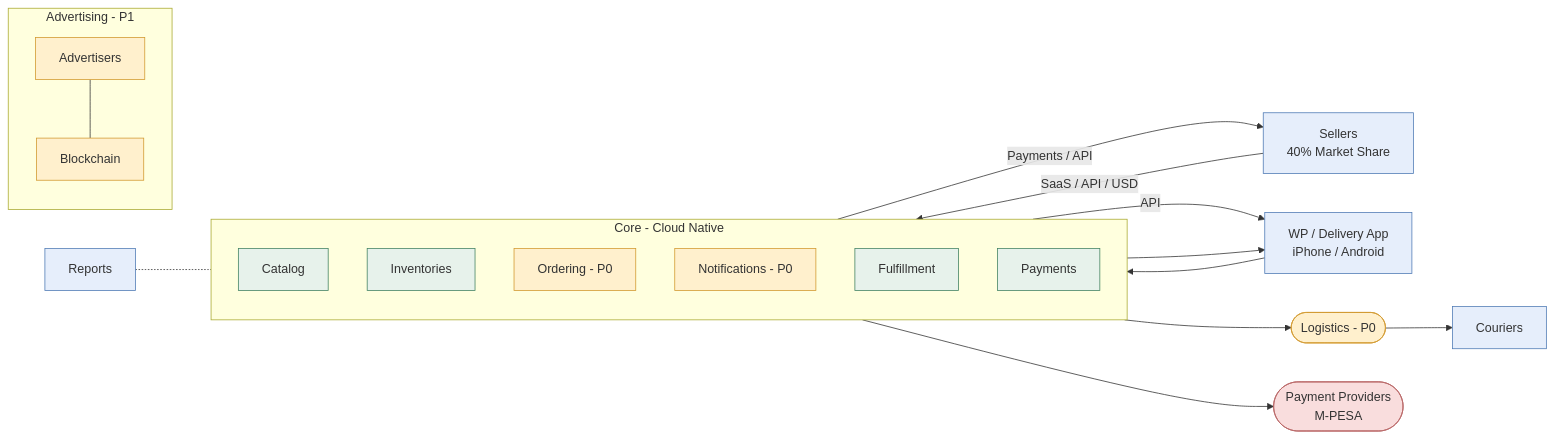
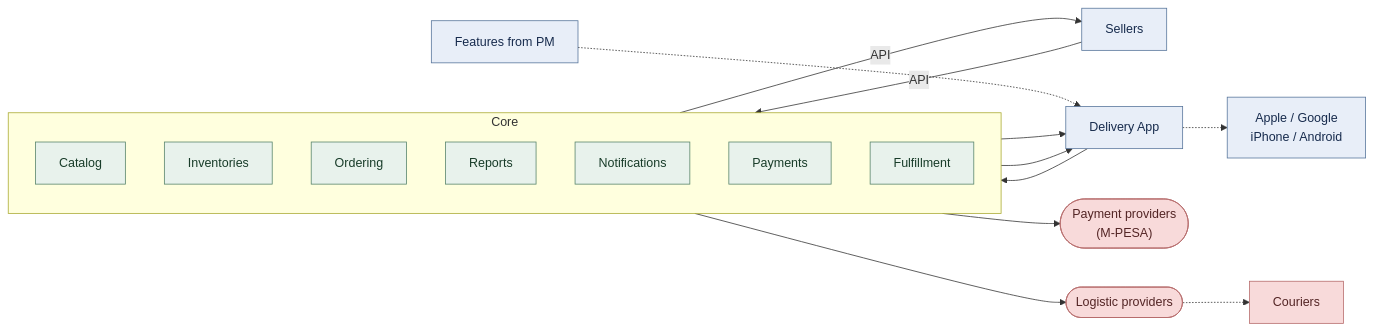
Before and after one commit to dvtar91/Africa_Delivery: the diagram in input data/system-scheme.md, drawn with Mermaid.

````diff
--- a/input data/system-scheme.md
+++ b/input data/system-scheme.md
@@ -2,52 +2,46 @@
 ```mermaid
 flowchart LR
-    Sellers["Sellers<br/>40% Market Share"]
+    Sellers["Sellers"]
 
-    subgraph Core["Core - Cloud Native"]
+    subgraph Core["Core"]
         direction TB
         Catalog["Catalog"]
         Inventories["Inventories"]
-        Ordering["Ordering - P0"]
-        Notifications["Notifications - P0"]
+        Ordering["Ordering"]
+        Reports["Reports"]
+        Notifications["Notifications"]
+        Payments["Payments"]
         Fulfillment["Fulfillment"]
-        Payments["Payments"]
     end
 
-    Reports["Reports"]
+    DeliveryApp["Delivery App"]
 
-    App["WP / Delivery App<br/>iPhone / Android"]
+    PaymentProviders(["Payment providers<br/>(M-PESA)"])
+    LogisticProviders(["Logistic providers"])
 
-    Logistics(["Logistics - P0"])
-    Couriers["Couriers"]
-    PaymentProviders(["Payment Providers<br/>M-PESA"])
+    Sellers -->|"API"| Catalog
+    Payments -->|"API"| Sellers
 
-    subgraph Advertising["Advertising - P1"]
-        Advertisers["Advertisers"]
-        Blockchain["Blockchain"]
-    end
-
-    Sellers -->|"SaaS / API / USD"| Catalog
-    Payments -->|"Payments / API"| Sellers
-
-    Catalog -->|"API"| App
-    App --> Ordering
-    Notifications --> App
+    Catalog --> DeliveryApp
+    DeliveryApp --> Ordering
+    Notifications --> DeliveryApp
 
     Payments --> PaymentProviders
-    Fulfillment --> Logistics
-    Logistics --> Couriers
+    Fulfillment --> LogisticProviders
 
-    Reports -.- Core
+    Platforms["Apple / Google<br/>iPhone / Android"]
+    Features["Features from PM"]
+    Couriers["Couriers"]
 
-    Advertisers --- Blockchain
+    DeliveryApp -.-> Platforms
+    Features -.-> DeliveryApp
+    LogisticProviders -.-> Couriers
 
-    classDef core fill:#e7f2eb,stroke:#438363
-    classDef external fill:#e6eefb,stroke:#507bb5
-    classDef priority fill:#fff0cd,stroke:#d29a30
-    classDef provider fill:#f9dddd,stroke:#b86666
+    classDef external fill:#e8eef8,stroke:#57759b,color:#172b4d
+    classDef core fill:#e8f2ec,stroke:#56836a,color:#183c29
+    classDef provider fill:#f8dada,stroke:#b66b6b,color:#532525
 
-    class Catalog,Inventories,Fulfillment,Payments core
-    class Sellers,App,Reports,Couriers external
-    class Ordering,Notifications,Logistics,Advertisers,Blockchain priority
-    class PaymentProviders provider
+    class Sellers,DeliveryApp,Platforms,Features external
+    class Catalog,Inventories,Ordering,Reports,Notifications,Payments,Fulfillment core
+    class PaymentProviders,LogisticProviders,Couriers provider
 ```
````
